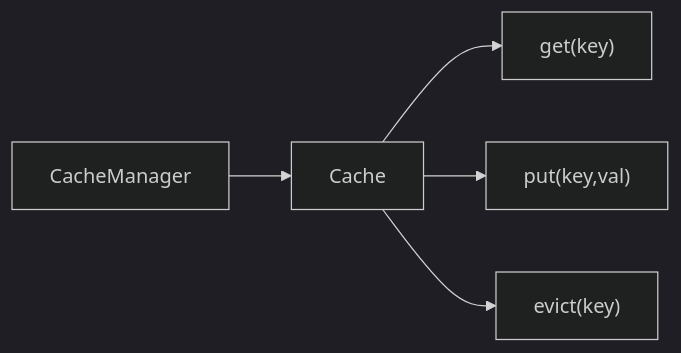
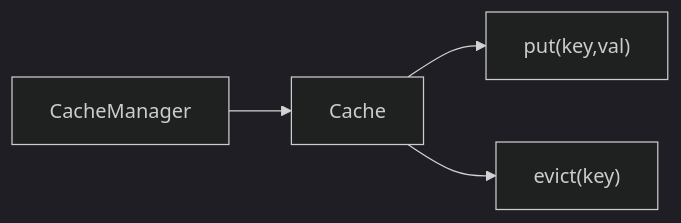
One commit to yjkim2015/yjkim2015.github.io changed the second of 4 diagrams in _posts/localcache/2026-05-01-local-cache-comparison.md. Above: the diagram before and after it, drawn with Mermaid (dark theme). The commit also changed other lines of this file and 149 other files, not shown here.

First line of the commit message:
Mermaid 가독성 개선: 라벨 축약, 노드 축소, TD→LR 변환

````diff
--- a/_posts/localcache/2026-05-01-local-cache-comparison.md
+++ b/_posts/localcache/2026-05-01-local-cache-comparison.md
@@ -41,7 +40,6 @@
 ```mermaid
 graph LR
     CM["CacheManager"] --> C["Cache"]
-    C --> CG["get(key)"]
     C --> CP["put(key,val)"]
     C --> CE["evict(key)"]
 ```
````
